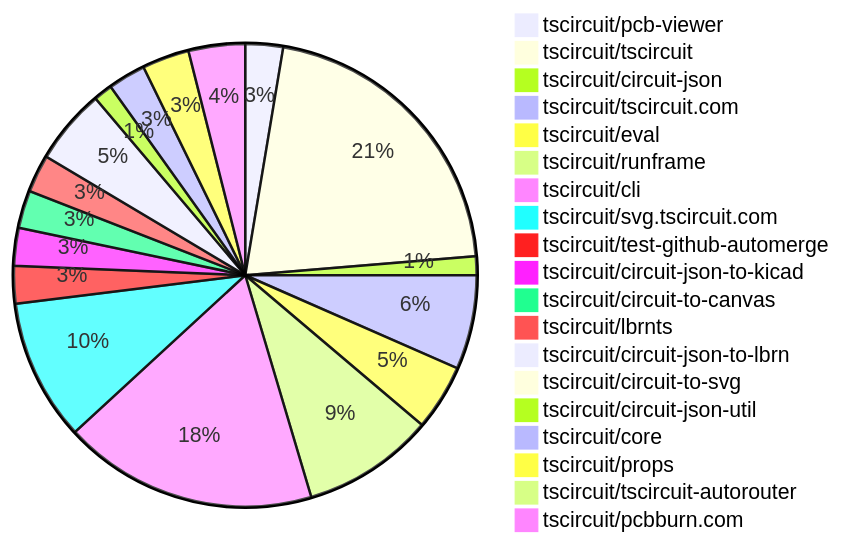
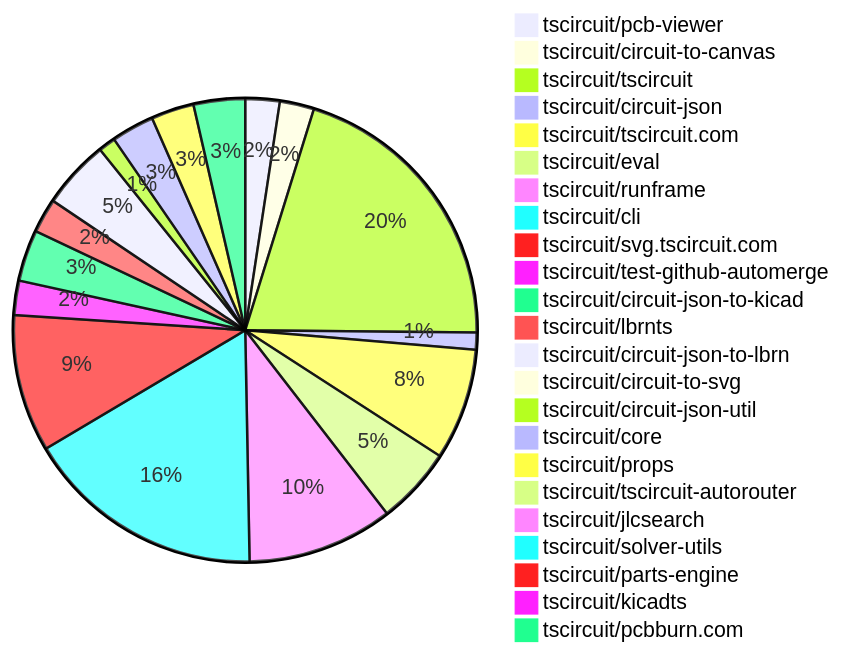
The diagram in README.md (tscircuit/contribution-tracker), drawn with Mermaid before and after one commit. The commit also changed other lines of this file and 3 other files, not shown here.

````diff
--- a/README.md
+++ b/README.md
@@ -37,22 +37,26 @@
 ```mermaid
 pie
     "tscircuit/pcb-viewer" : 4
-    "tscircuit/tscircuit" : 32
+    "tscircuit/circuit-to-canvas" : 4
+    "tscircuit/tscircuit" : 34
     "tscircuit/circuit-json" : 2
-    "tscircuit/tscircuit.com" : 10
-    "tscircuit/eval" : 7
-    "tscircuit/runframe" : 14
-    "tscircuit/cli" : 27
-    "tscircuit/svg.tscircuit.com" : 15
+    "tscircuit/tscircuit.com" : 13
+    "tscircuit/eval" : 9
+    "tscircuit/runframe" : 17
+    "tscircuit/cli" : 28
+    "tscircuit/svg.tscircuit.com" : 16
     "tscircuit/test-github-automerge" : 4
-    "tscircuit/circuit-json-to-kicad" : 4
-    "tscircuit/circuit-to-canvas" : 4
+    "tscircuit/circuit-json-to-kicad" : 6
     "tscircuit/lbrnts" : 4
     "tscircuit/circuit-json-to-lbrn" : 8
     "tscircuit/circuit-to-svg" : 1
     "tscircuit/circuit-json-util" : 2
-    "tscircuit/core" : 4
+    "tscircuit/core" : 5
     "tscircuit/props" : 5
     "tscircuit/tscircuit-autorouter" : 1
+    "tscircuit/jlcsearch" : 1
+    "tscircuit/solver-utils" : 1
+    "tscircuit/parts-engine" : 1
+    "tscircuit/kicadts" : 1
     "tscircuit/pcbburn.com" : 6
 ```
````
